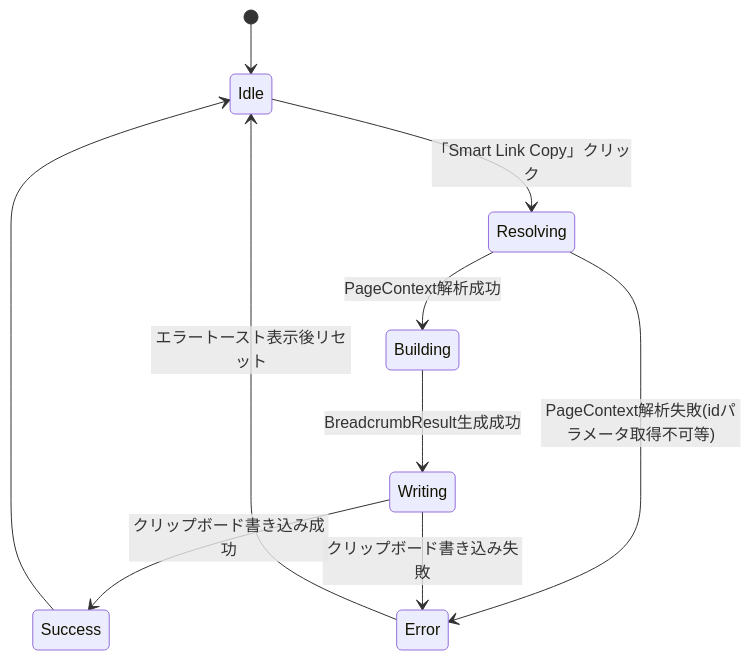
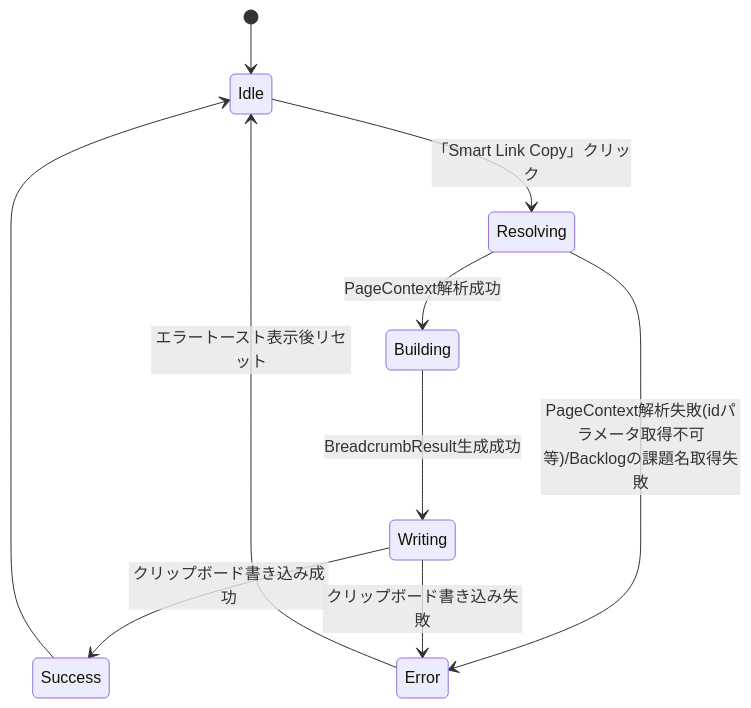
One commit to codesmith/sharepoint-smart-link-copy changed the fourth of 4 diagrams in docs/functional-design.md. Above: the diagram before and after it, drawn with Mermaid. The commit also changed other lines of this file and 24 other files, not shown here.

````diff
--- a/docs/functional-design.md
+++ b/docs/functional-design.md
@@ -328,12 +449,12 @@
 ```mermaid
 stateDiagram-v2
     [*] --> Idle
     Idle --> Resolving: 「Smart Link Copy」クリック
     Resolving --> Building: PageContext解析成功
-    Resolving --> Error: PageContext解析失敗(idパラメータ取得不可等)
+    Resolving --> Error: PageContext解析失敗(idパラメータ取得不可等)/Backlogの課題名取得失敗
     Building --> Writing: BreadcrumbResult生成成功
     Writing --> Success: クリップボード書き込み成功
     Writing --> Error: クリップボード書き込み失敗
     Success --> Idle
     Error --> Idle: エラートースト表示後リセット
 ```
````
